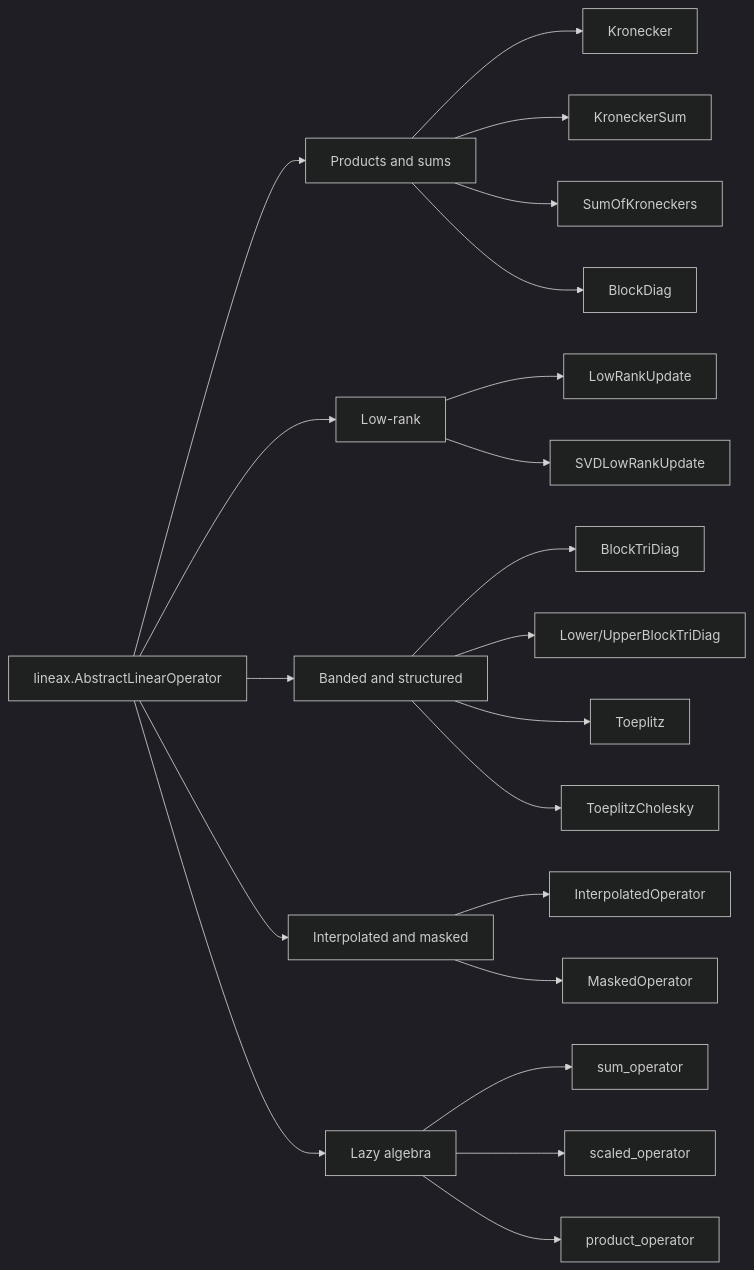
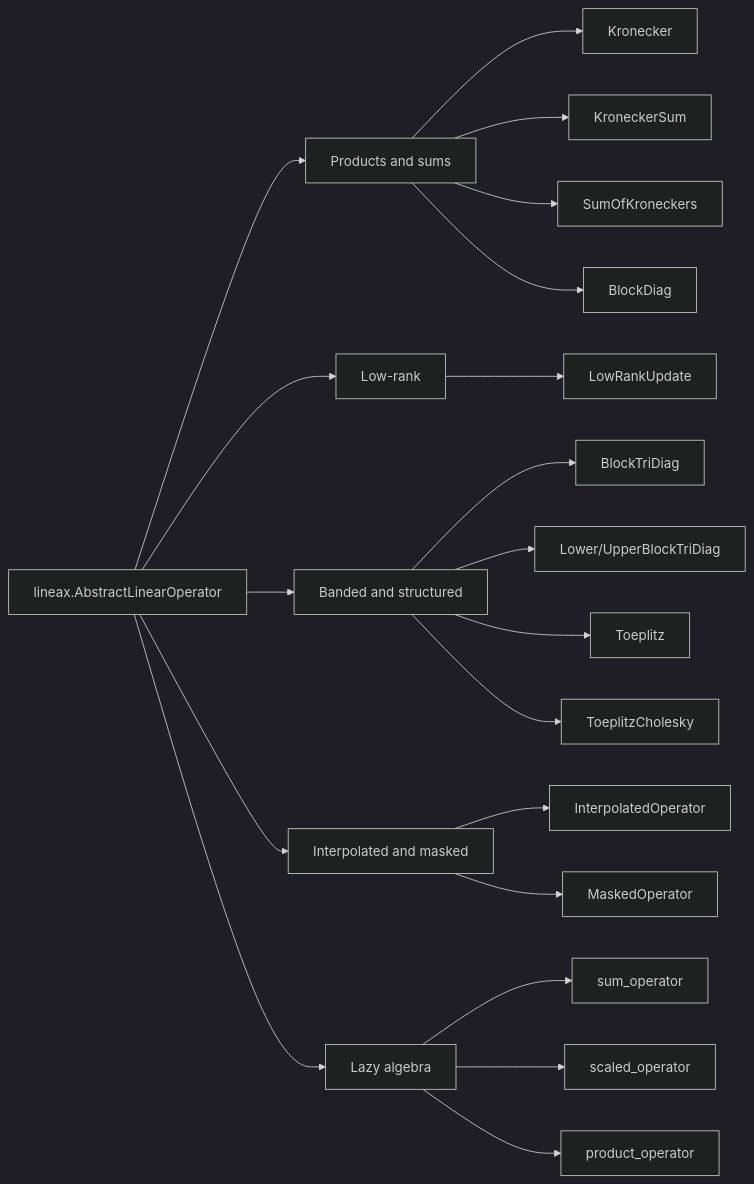
Before and after one commit to jejjohnson/gaussx: the third of 7 diagrams in docs/architecture.md, drawn with Mermaid (dark theme). The commit also changed other lines of this file and 95 other files, not shown here.

````diff
--- a/docs/architecture.md
+++ b/docs/architecture.md
@@ -186,30 +186,29 @@
 ```mermaid
 flowchart LR
     ALO["lineax.AbstractLinearOperator"]
 
     ALO --> P["Products and sums"]
     ALO --> LRK["Low-rank"]
     ALO --> B["Banded and structured"]
     ALO --> K["Interpolated and masked"]
     ALO --> LZ["Lazy algebra"]
 
     P --> P1["Kronecker"]
     P --> P2["KroneckerSum"]
     P --> P3["SumOfKroneckers"]
     P --> P4["BlockDiag"]
 
     LRK --> L1["LowRankUpdate"]
-    LRK --> L2["SVDLowRankUpdate"]
 
     B --> B1["BlockTriDiag"]
     B --> B2["Lower/UpperBlockTriDiag"]
     B --> B3["Toeplitz"]
     B --> B4["ToeplitzCholesky"]
 
     K --> K1["InterpolatedOperator"]
     K --> K2["MaskedOperator"]
 
     LZ --> Z1["sum_operator"]
     LZ --> Z2["scaled_operator"]
     LZ --> Z3["product_operator"]
 ```
````
